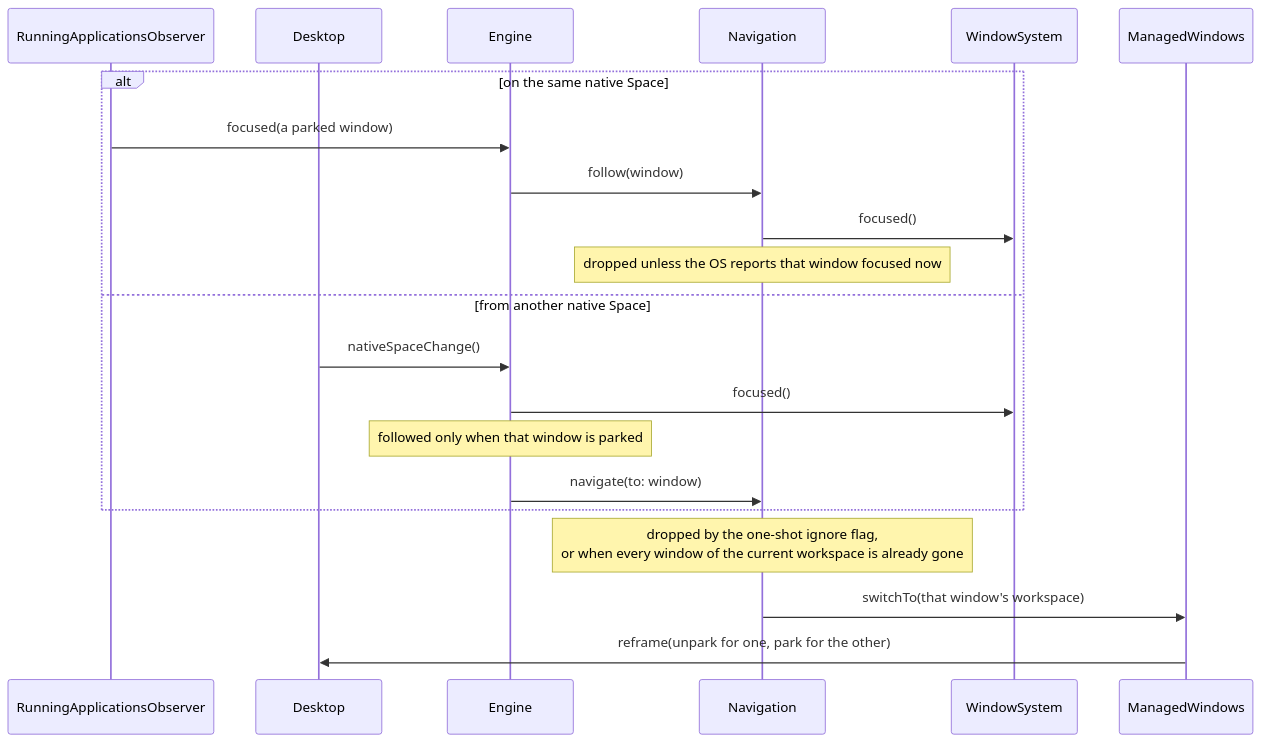
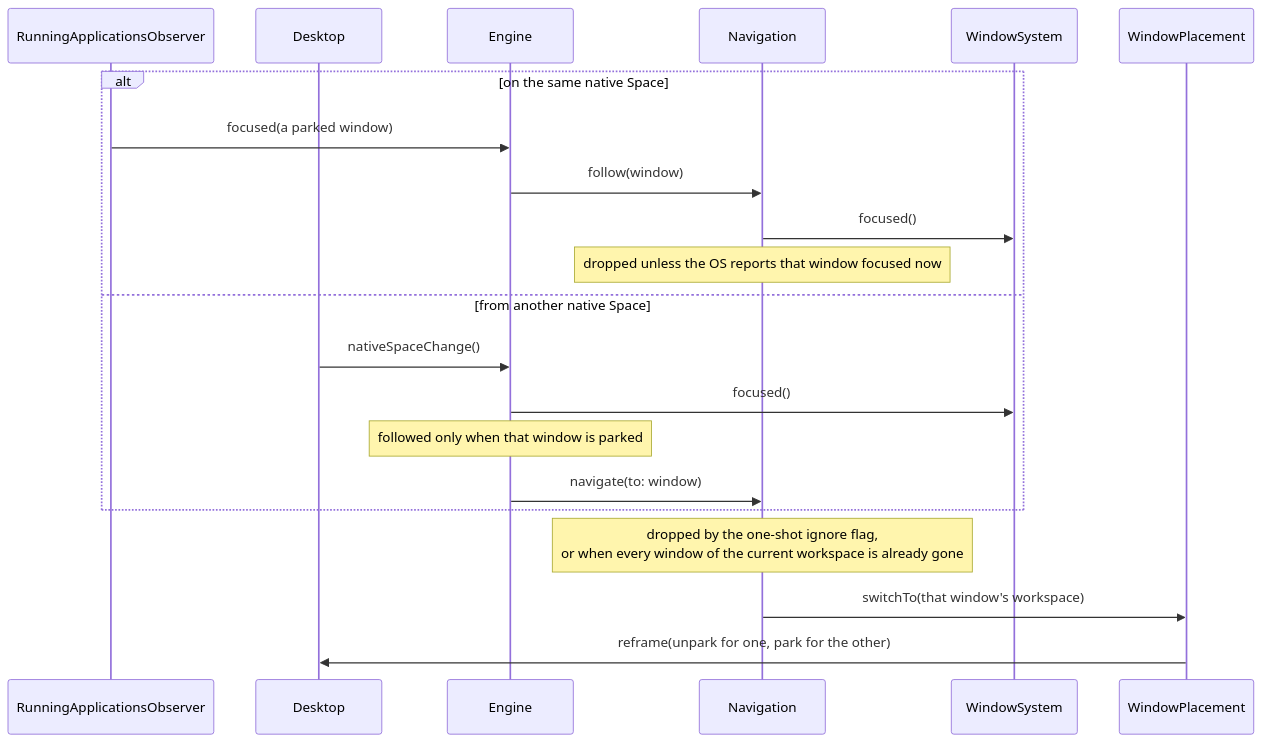
Diagram 12 of 19 in ARCHITECTURE.md (brennovich/ottowm), drawn with Mermaid before and after one commit. The commit also changed other lines of this file and 11 other files, not shown here.

First line of the commit message:
Rename ManagedWindows to WindowPlacement

````diff
--- a/ARCHITECTURE.md
+++ b/ARCHITECTURE.md
@@ -302,24 +302,24 @@
 ```mermaid
 sequenceDiagram
     participant RunningApplicationsObserver
     participant Desktop
     participant Engine
     participant Navigation
     participant WindowSystem
-    participant ManagedWindows
+    participant WindowPlacement
 
     alt on the same native Space
         RunningApplicationsObserver->>Engine: focused(a parked window)
         Engine->>Navigation: follow(window)
         Navigation->>WindowSystem: focused()
         Note over Navigation: dropped unless the OS reports that window focused now
     else from another native Space
         Desktop->>Engine: nativeSpaceChange()
         Engine->>WindowSystem: focused()
         Note over Engine: followed only when that window is parked
         Engine->>Navigation: navigate(to: window)
     end
     Note over Navigation: dropped by the one-shot ignore flag,<br/>or when every window of the current workspace is already gone
-    Navigation->>ManagedWindows: switchTo(that window's workspace)
-    ManagedWindows->>Desktop: reframe(unpark for one, park for the other)
+    Navigation->>WindowPlacement: switchTo(that window's workspace)
+    WindowPlacement->>Desktop: reframe(unpark for one, park for the other)
 ```
````
